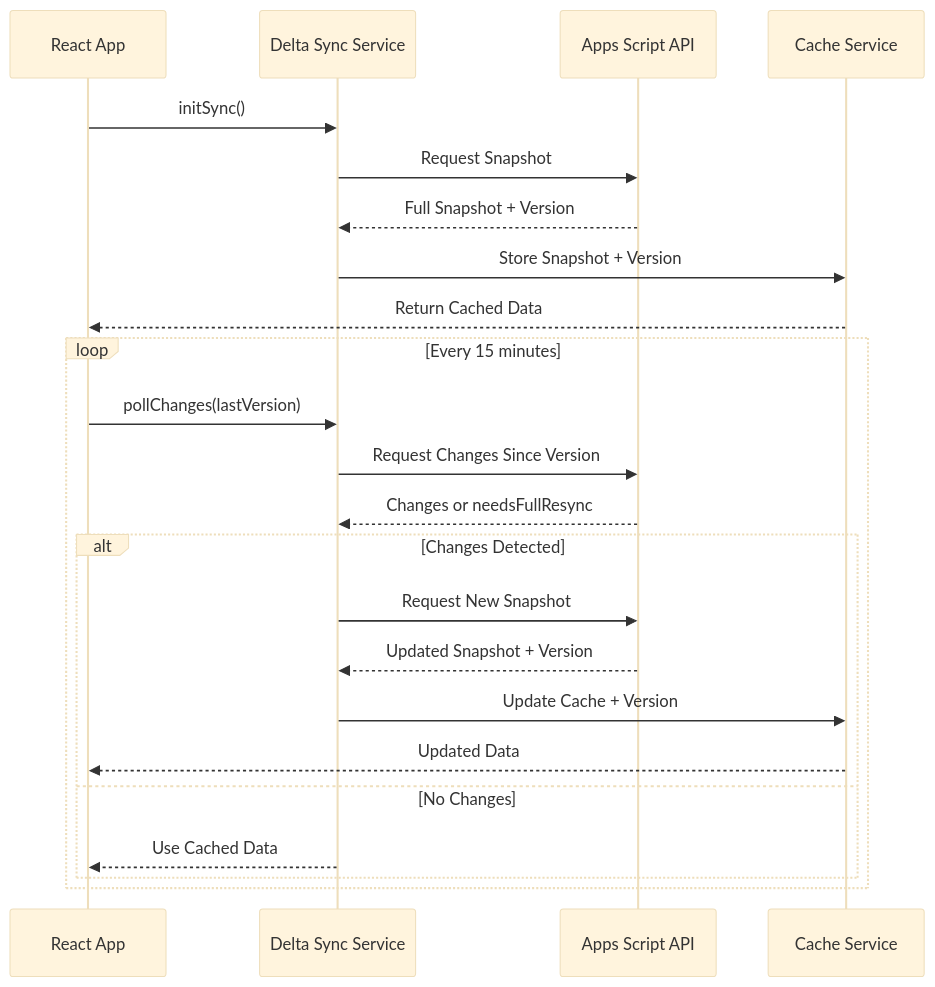
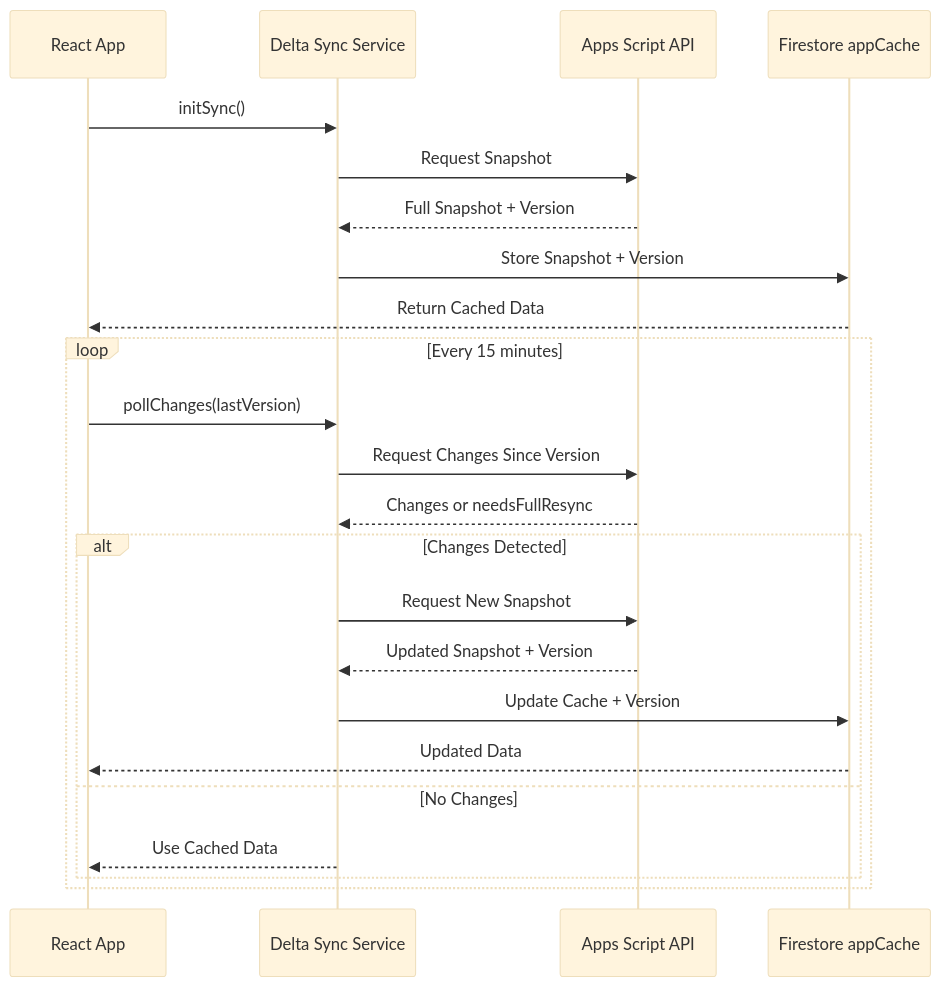
The second of 6 diagrams in README.md (ABNAPP/STOCK-SCORE), drawn with Mermaid (base theme) before and after one commit. The commit also changed other lines of this file, not shown here.

Commit message:
docs: update cache strategy to Firestore appCache (remove localStorage data cache)

````diff
--- a/README.md
+++ b/README.md
@@ -124,27 +124,27 @@
 ```mermaid
 sequenceDiagram
     participant App as React App
     participant DS as Delta Sync Service
     participant API as Apps Script API
-    participant Cache as Cache Service
+    participant Cache as Firestore appCache
     
     App->>DS: initSync()
     DS->>API: Request Snapshot
     API-->>DS: Full Snapshot + Version
     DS->>Cache: Store Snapshot + Version
     Cache-->>App: Return Cached Data
     
     loop Every 15 minutes
         App->>DS: pollChanges(lastVersion)
         DS->>API: Request Changes Since Version
         API-->>DS: Changes or needsFullResync
         alt Changes Detected
             DS->>API: Request New Snapshot
             API-->>DS: Updated Snapshot + Version
             DS->>Cache: Update Cache + Version
             Cache-->>App: Updated Data
         else No Changes
             DS-->>App: Use Cached Data
         end
     end
 ```
````
